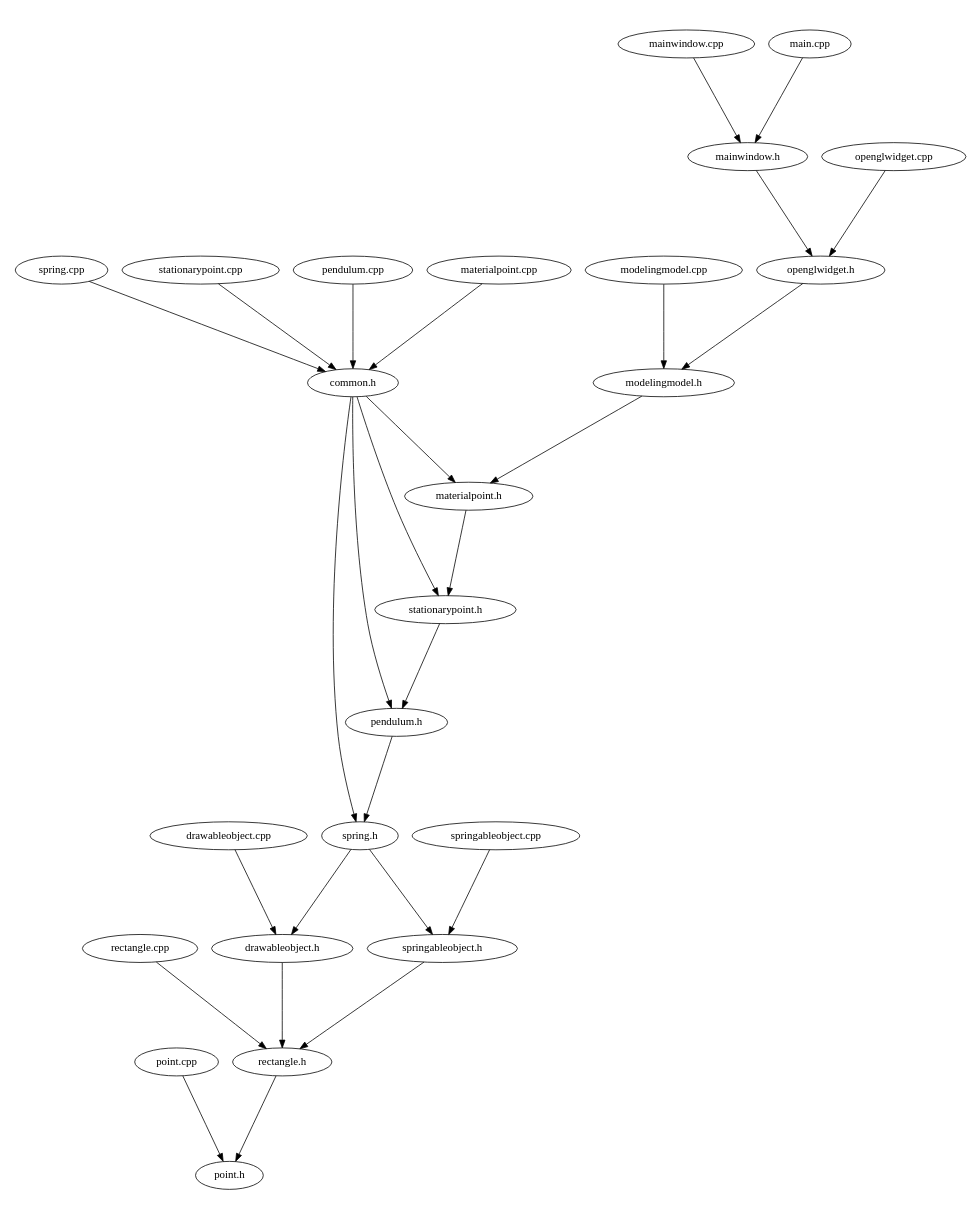
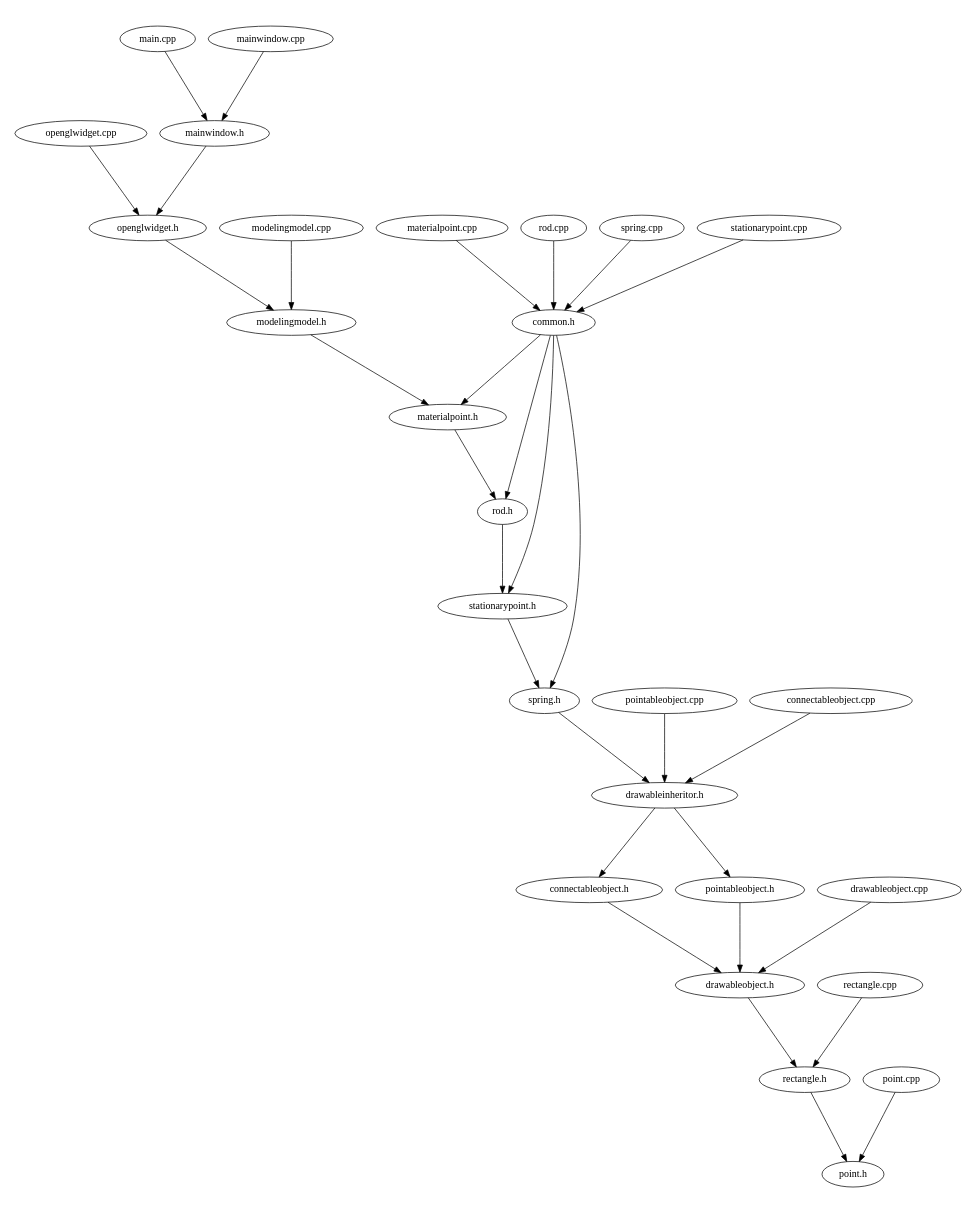
One commit to wuzzapcom/Modeling changed the diagram in source.dot. Above: the diagram before and after it, drawn with Graphviz. The commit also changed 23 other files, not shown here.

Commit message:
Changed architecture.

```diff
--- a/source.dot
+++ b/source.dot
@@ -1,35 +1,38 @@
 digraph "source tree" {
     overlap=scale;
     size="8,10";
     ratio="fill";
     fontsize="16";
     fontname="Helvetica";
 	clusterrank="local";
+	"materialpoint.cpp" -> "common.h"
 	"openglwidget.h" -> "modelingmodel.h"
-	"mainwindow.h" -> "openglwidget.h"
-	"spring.h" -> "springableobject.h"
-	"common.h" -> "materialpoint.h"
-	"mainwindow.cpp" -> "mainwindow.h"
-	"springableobject.h" -> "rectangle.h"
-	"common.h" -> "stationarypoint.h"
-	"pendulum.h" -> "spring.h"
-	"pendulum.cpp" -> "common.h"
-	"materialpoint.cpp" -> "common.h"
+	"drawableobject.h" -> "rectangle.h"
+	"modelingmodel.cpp" -> "modelingmodel.h"
+	"point.cpp" -> "point.h"
+	"modelingmodel.h" -> "materialpoint.h"
+	"rod.h" -> "stationarypoint.h"
+	"rod.cpp" -> "common.h"
+	"spring.cpp" -> "common.h"
+	"drawableinheritor.h" -> "connectableobject.h"
 	"rectangle.cpp" -> "rectangle.h"
 	"openglwidget.cpp" -> "openglwidget.h"
-	"point.cpp" -> "point.h"
-	"spring.cpp" -> "common.h"
-	"modelingmodel.cpp" -> "modelingmodel.h"
-	"stationarypoint.h" -> "pendulum.h"
-	"common.h" -> "pendulum.h"
 	"stationarypoint.cpp" -> "common.h"
-	"modelingmodel.h" -> "materialpoint.h"
+	"spring.h" -> "drawableinheritor.h"
+	"pointableobject.cpp" -> "drawableinheritor.h"
 	"drawableobject.cpp" -> "drawableobject.h"
+	"common.h" -> "rod.h"
+	"stationarypoint.h" -> "spring.h"
 	"main.cpp" -> "mainwindow.h"
+	"materialpoint.h" -> "rod.h"
+	"connectableobject.cpp" -> "drawableinheritor.h"
+	"connectableobject.h" -> "drawableobject.h"
 	"rectangle.h" -> "point.h"
-	"springableobject.cpp" -> "springableobject.h"
-	"materialpoint.h" -> "stationarypoint.h"
-	"spring.h" -> "drawableobject.h"
-	"drawableobject.h" -> "rectangle.h"
+	"mainwindow.h" -> "openglwidget.h"
+	"common.h" -> "materialpoint.h"
+	"pointableobject.h" -> "drawableobject.h"
+	"common.h" -> "stationarypoint.h"
+	"mainwindow.cpp" -> "mainwindow.h"
+	"drawableinheritor.h" -> "pointableobject.h"
 	"common.h" -> "spring.h"
 }
```
